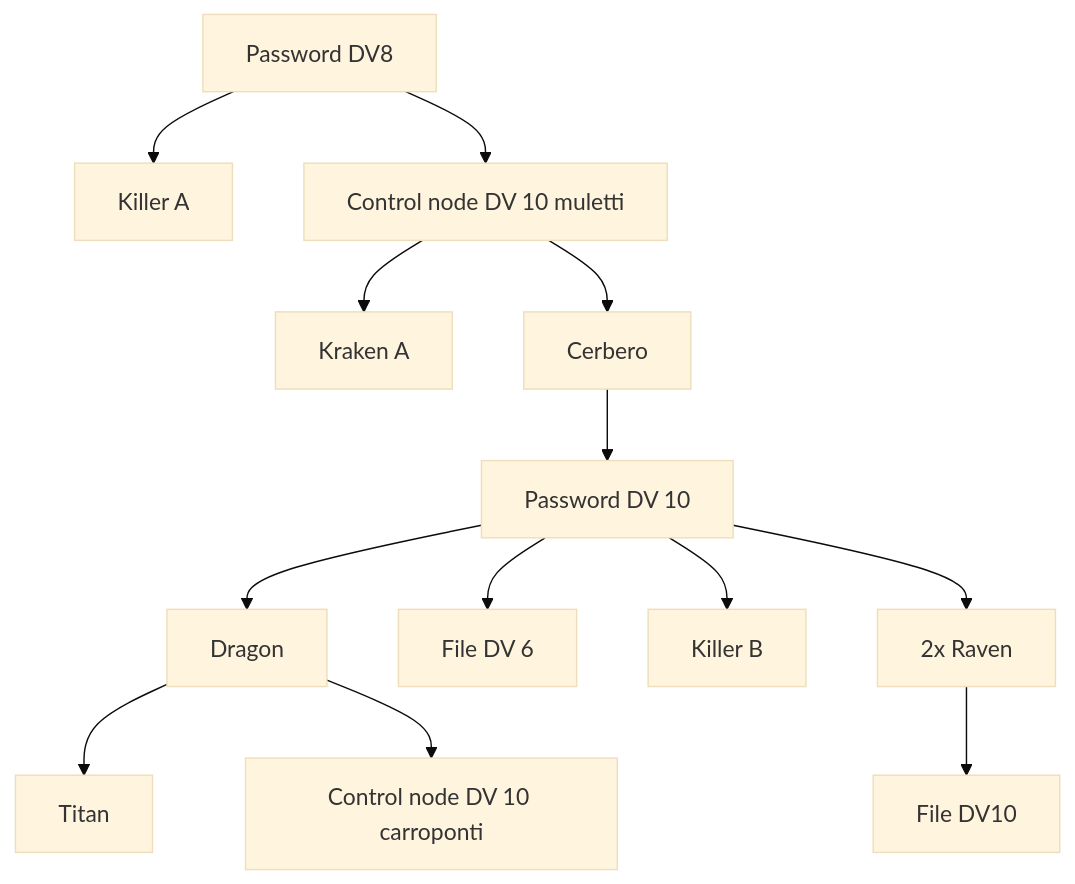
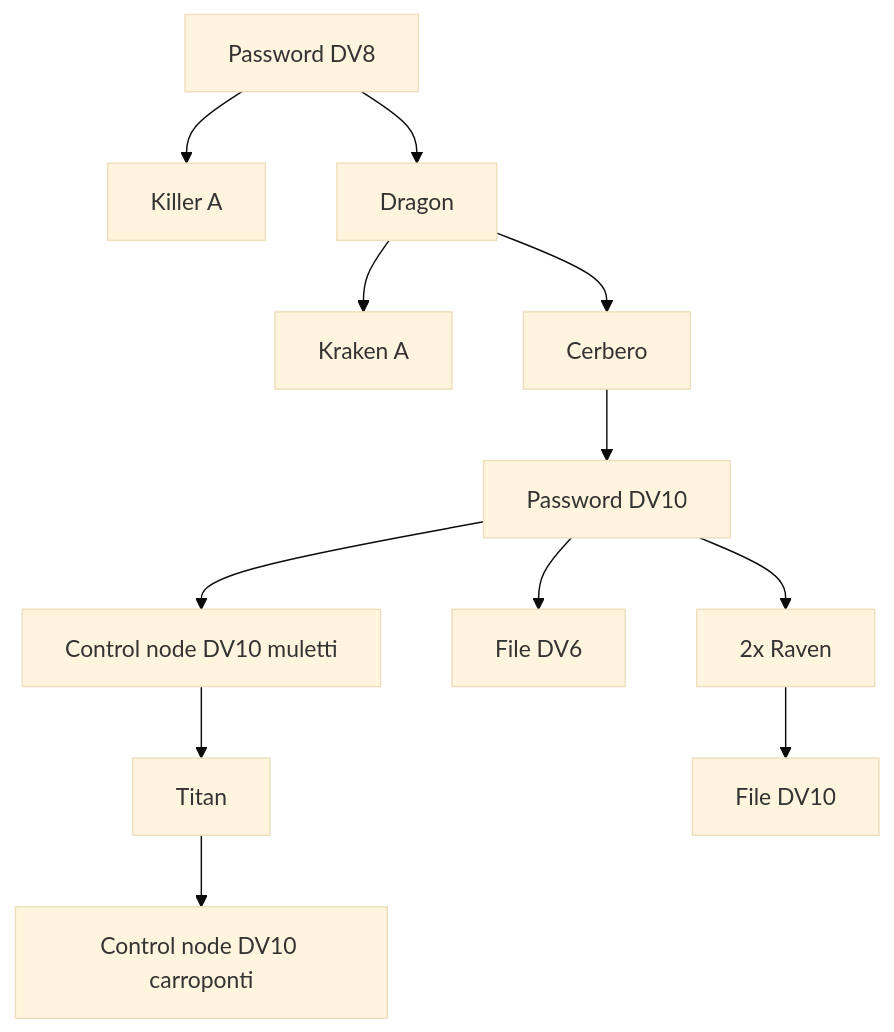
The diagram in History/Sessioni/Sessione B2 - The Meeting Place.md (stefanofazio-vault/CyberpunkRED-vault), drawn with Mermaid (base theme) before and after one commit. The commit also changed other lines of this file and 1 other file, not shown here.

````diff
--- a/History/Sessioni/Sessione B2 - The Meeting Place.md
+++ b/History/Sessioni/Sessione B2 - The Meeting Place.md
@@ -27,15 +31,14 @@
 ```mermaid
 flowchart TD
 	A[Password DV8] --> B[Killer A]
-	A --> C[Control node DV 10 muletti]
+	A --> C[Dragon]
 	C --> D[Kraken A]
 	C --> E[Cerbero]
-	E --> F[Password DV 10]
-	F --> G[Dragon]
-	F --> H[File DV 6]
+	E --> F[Password DV10]
+	F --> G[Control node DV10 muletti]
+	F --> H[File DV6]
 	G --> J[Titan]
-	G --> I[Control node DV 10 carroponti]
-	F --> K[Killer B]
-	F --> L[2x Raven]
-	L --> M[File DV10]	 
+	J --> I[Control node DV10 carroponti]
+	L --> K[File DV10]
+	F --> L[2x Raven]	 
 ```
````
